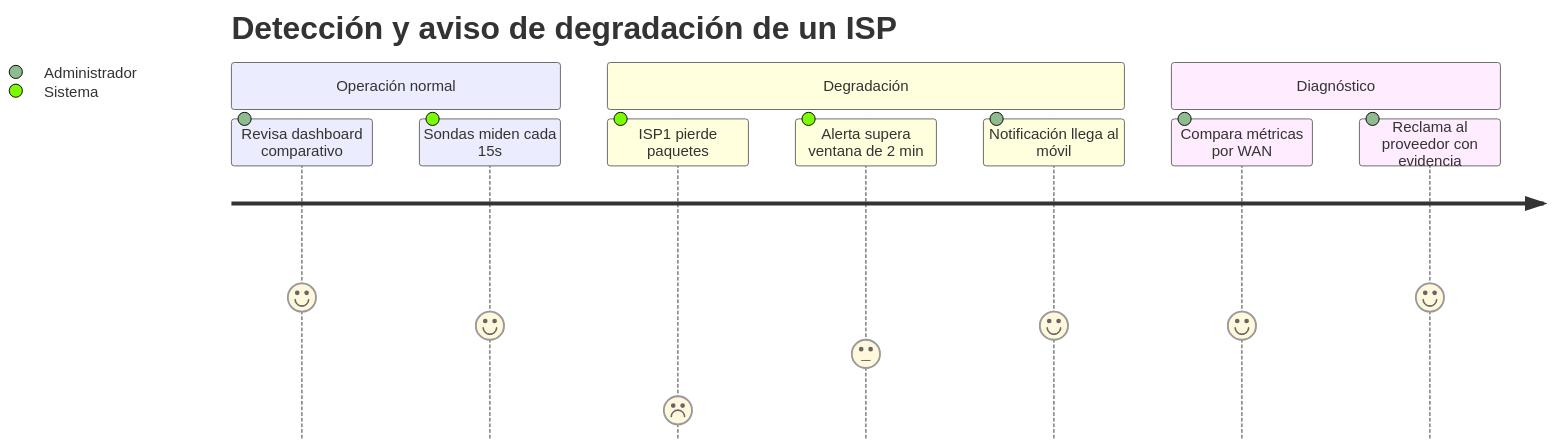
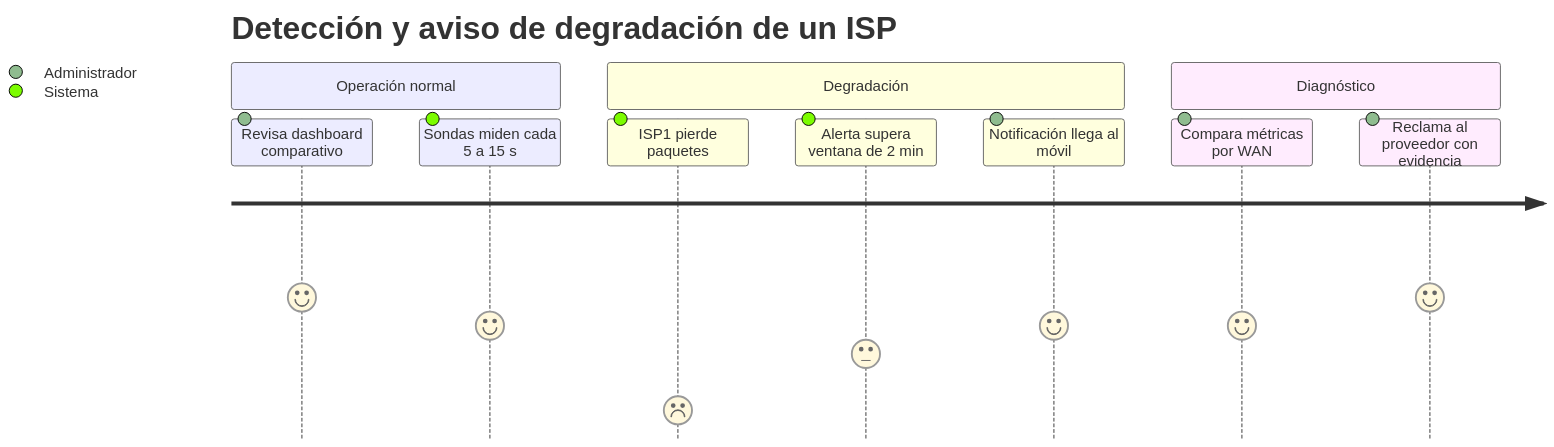
Before and after one commit to higerotech/yggdrasil: the second of 6 diagrams in docs/01-requirements/isp-sla-monitor.md, drawn with Mermaid. The commit also changed other lines of this file and 28 other files, not shown here.

````diff
--- a/docs/01-requirements/isp-sla-monitor.md
+++ b/docs/01-requirements/isp-sla-monitor.md
@@ -52,14 +52,14 @@
 ```mermaid
 journey
     title Detección y aviso de degradación de un ISP
     section Operación normal
       Revisa dashboard comparativo: 5: Administrador
-      Sondas miden cada 15s: 4: Sistema
+      Sondas miden cada 5 a 15 s: 4: Sistema
     section Degradación
       ISP1 pierde paquetes: 1: Sistema
       Alerta supera ventana de 2 min: 3: Sistema
       Notificación llega al móvil: 4: Administrador
     section Diagnóstico
       Compara métricas por WAN: 4: Administrador
       Reclama al proveedor con evidencia: 5: Administrador
 ```
````
